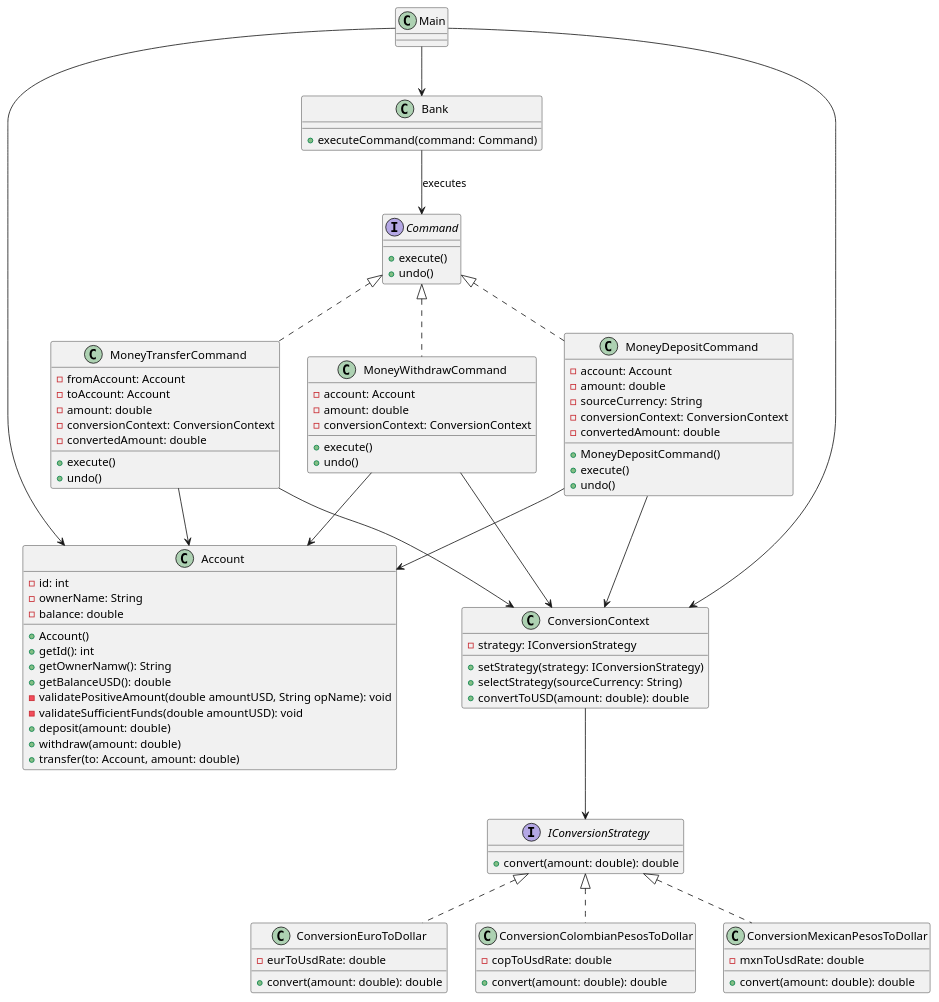
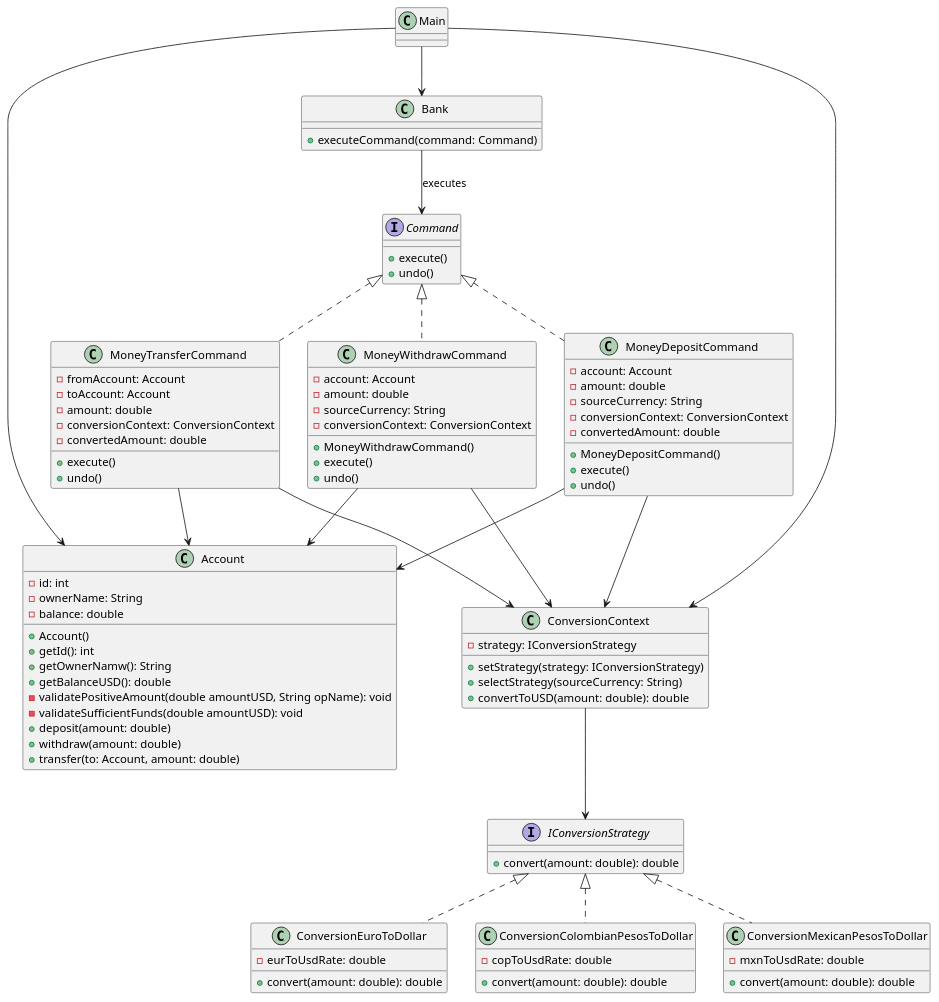
Before and after one commit to Jhon-Cortez/Strategy-Command: the diagram in DiagramaClases.wsd, drawn with PlantUML.

Commit message:
Atributos y metodos de la clase MoneyWithdrawCommand

```diff
--- a/DiagramaClases.wsd
+++ b/DiagramaClases.wsd
@@ -1,118 +1,120 @@
 @startuml
 
 ' ===== INTERFACES =====
 interface Command {
     +execute()
     +undo()
 }
 
 interface IConversionStrategy {
     +convert(amount: double): double
 }
 
 ' ===== CORE =====
 class Account {
     -id: int
     -ownerName: String 
     -balance: double
     +Account()
     +getId(): int
     +getOwnerNamw(): String
     +getBalanceUSD(): double
     -validatePositiveAmount(double amountUSD, String opName): void
     -validateSufficientFunds(double amountUSD): void
     +deposit(amount: double)
     +withdraw(amount: double)
     +transfer(to: Account, amount: double)
 }
 
 class Bank {
     +executeCommand(command: Command)
 }
 
 class Main
 
 ' ===== COMMANDS =====
 class MoneyDepositCommand {
     -account: Account
     -amount: double
     -sourceCurrency: String
     -conversionContext: ConversionContext
     -convertedAmount: double
     +MoneyDepositCommand()
     +execute()
     +undo()
     ' -convert(): double
 }
 
 class MoneyWithdrawCommand {
     -account: Account
     -amount: double
+    -sourceCurrency: String
     -conversionContext: ConversionContext
+    +MoneyWithdrawCommand()
     +execute()
     +undo()
 }
 
 class MoneyTransferCommand {
     -fromAccount: Account
     -toAccount: Account
     -amount: double
     -conversionContext: ConversionContext
     -convertedAmount: double
     +execute()
     +undo()
 }
 
 ' ===== STRATEGY CONTEXT =====
 class ConversionContext {
     -strategy: IConversionStrategy
     +setStrategy(strategy: IConversionStrategy)
     +selectStrategy(sourceCurrency: String)
     +convertToUSD(amount: double): double
 }
 
 ' ===== STRATEGIES =====
 class ConversionEuroToDollar {
     -eurToUsdRate: double
     +convert(amount: double): double
 }
 
 class ConversionColombianPesosToDollar {
     -copToUsdRate: double
     +convert(amount: double): double
 }
 
 class ConversionMexicanPesosToDollar {
     -mxnToUsdRate: double
     +convert(amount: double): double
 }
 
 ' ===== RELATIONSHIPS =====
 
 ' Command pattern
 Command <|.. MoneyDepositCommand
 Command <|.. MoneyWithdrawCommand
 Command <|.. MoneyTransferCommand
 Bank --> Command : executes
 
 ' Account usage
 MoneyDepositCommand --> Account
 MoneyWithdrawCommand --> Account
 MoneyTransferCommand --> Account
 
 ' Strategy pattern
 IConversionStrategy <|.. ConversionEuroToDollar
 IConversionStrategy <|.. ConversionColombianPesosToDollar
 IConversionStrategy <|.. ConversionMexicanPesosToDollar
 
 ConversionContext --> IConversionStrategy
 MoneyDepositCommand --> ConversionContext
 MoneyWithdrawCommand --> ConversionContext
 MoneyTransferCommand --> ConversionContext
 
 ' Main usage
 Main --> Bank
 Main --> Account
 Main --> ConversionContext
 
 @enduml
```
